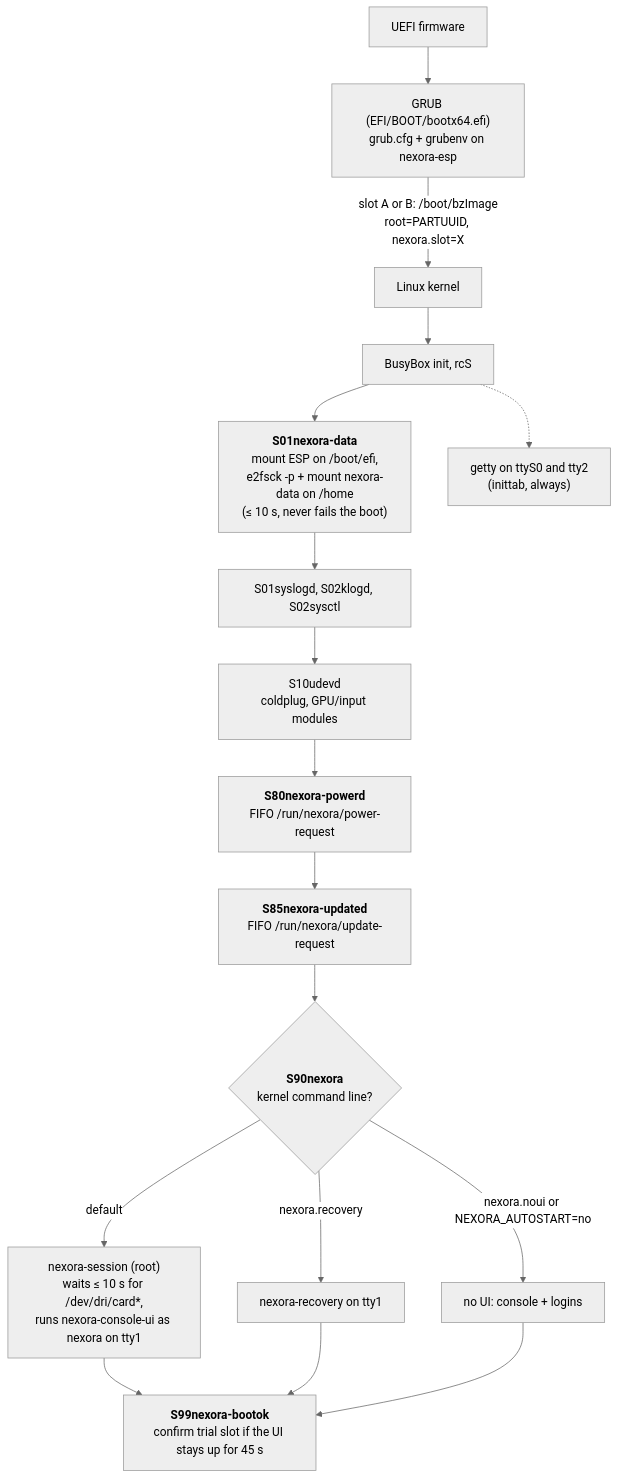
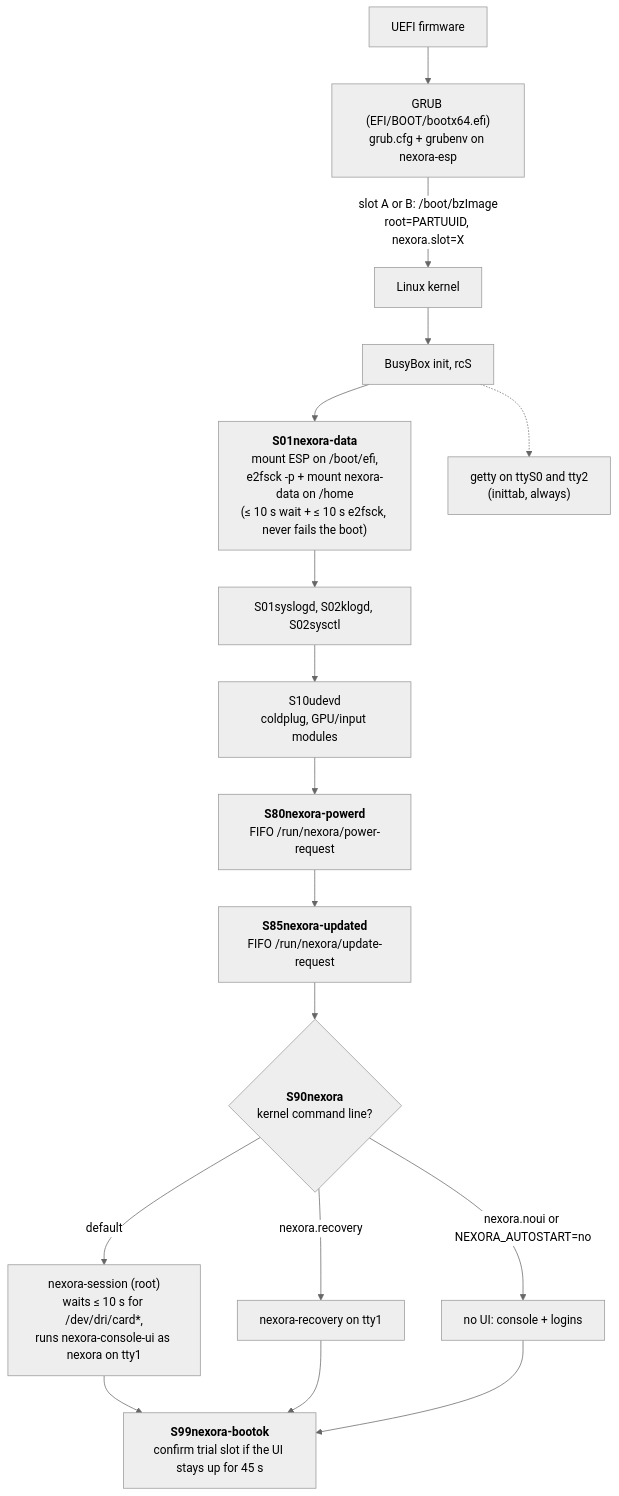
The diagram in docs/recovery.md (szebasztianmarton/Nexora-OS), drawn with Mermaid (neutral theme) before and after one commit. The commit also changed 2 other files, not shown here.

Commit message:
Docs: describe the separate e2fsck budget of S01nexora-data
e2fsck now has its own 10 s budget (FSCK_TIMEOUT) counted from when
the data partition appears, so the script can hold the boot for about
20 s. buildroot.md, user-data.md and recovery.md still described a
single 10 s bound shared with the device wait.

````diff
--- a/docs/recovery.md
+++ b/docs/recovery.md
@@ -22,19 +22,19 @@
 ```mermaid
 graph TD
     fw[UEFI firmware] --> grub["GRUB (EFI/BOOT/bootx64.efi)<br/>grub.cfg + grubenv on nexora-esp"]
     grub -->|"slot A or B: /boot/bzImage<br/>root=PARTUUID, nexora.slot=X"| kernel[Linux kernel]
     kernel --> init[BusyBox init, rcS]
-    init --> data["<b>S01nexora-data</b><br/>mount ESP on /boot/efi,<br/>e2fsck -p + mount nexora-data on /home<br/>(≤ 10 s, never fails the boot)"]
+    init --> data["<b>S01nexora-data</b><br/>mount ESP on /boot/efi,<br/>e2fsck -p + mount nexora-data on /home<br/>(≤ 10 s wait + ≤ 10 s e2fsck, never fails the boot)"]
     data --> logd["S01syslogd, S02klogd, S02sysctl"]
     logd --> udev["S10udevd<br/>coldplug, GPU/input modules"]
     udev --> powerd["<b>S80nexora-powerd</b><br/>FIFO /run/nexora/power-request"]
     powerd --> updated["<b>S85nexora-updated</b><br/>FIFO /run/nexora/update-request"]
     updated --> s90{"<b>S90nexora</b><br/>kernel command line?"}
     s90 -->|default| session["nexora-session (root)<br/>waits ≤ 10 s for /dev/dri/card*,<br/>runs nexora-console-ui as nexora on tty1"]
     s90 -->|nexora.recovery| recovery["nexora-recovery on tty1"]
     s90 -->|"nexora.noui or NEXORA_AUTOSTART=no"| noui[no UI: console + logins]
     session --> bootok["<b>S99nexora-bootok</b><br/>confirm trial slot if the UI stays up for 45 s"]
     recovery --> bootok
     noui --> bootok
     init -.-> getty["getty on ttyS0 and tty2<br/>(inittab, always)"]
 ```
````
